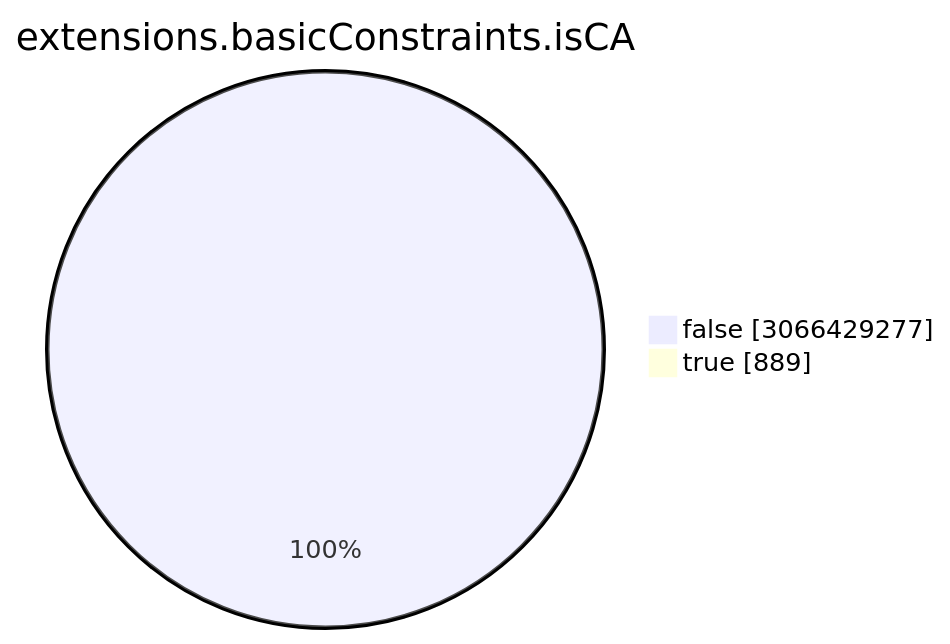
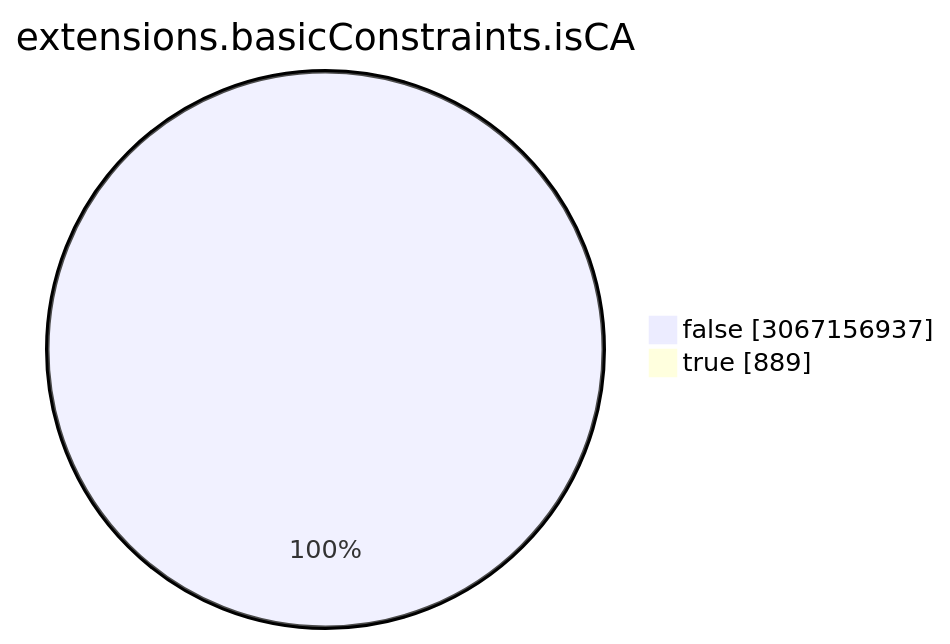
One commit to christiankrug/ctmonitor_visualization changed the seventh of 15 diagrams in TOTAL/README.md. Above: the diagram before and after it, drawn with Mermaid. The commit also changed other lines of this file, not shown here.

````diff
--- a/TOTAL/README.md
+++ b/TOTAL/README.md
@@ -3088,6 +3088,6 @@
 ```mermaid
 pie showData
 title extensions.basicConstraints.isCA
-"false" :3066429277
+"false" :3067156937
 "true" :889
 ```
````
